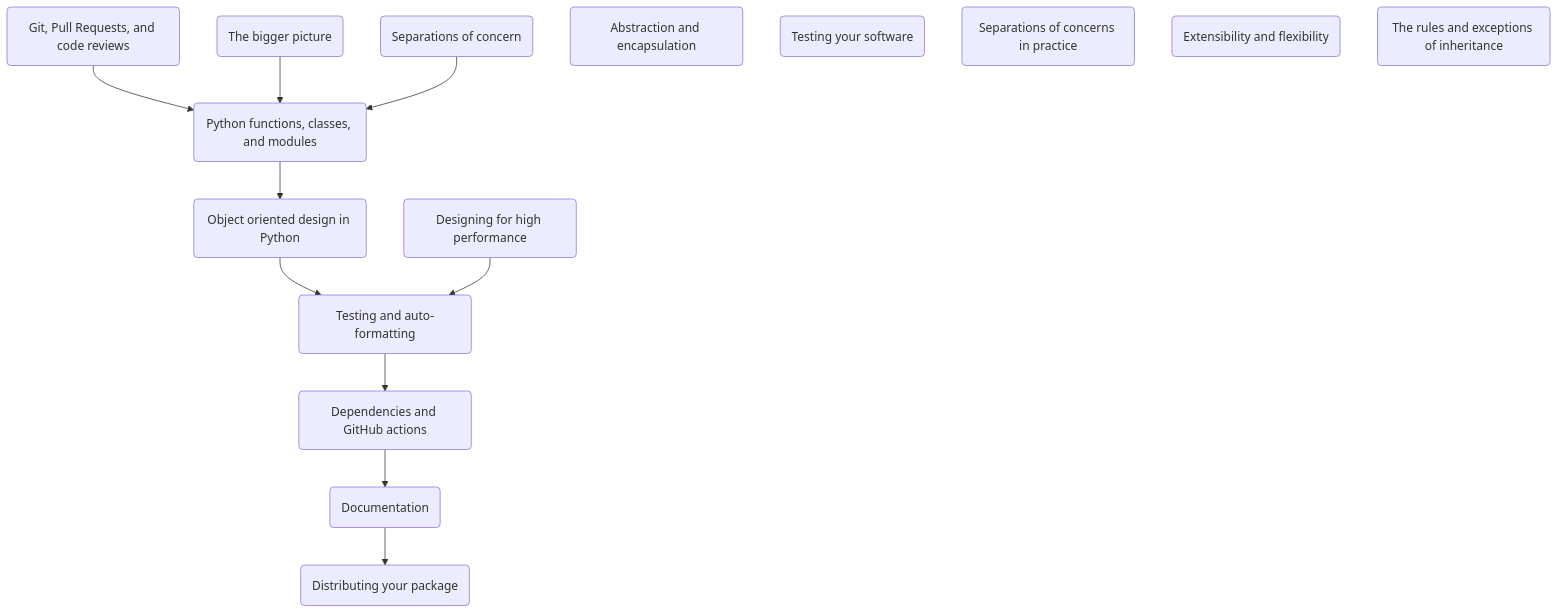
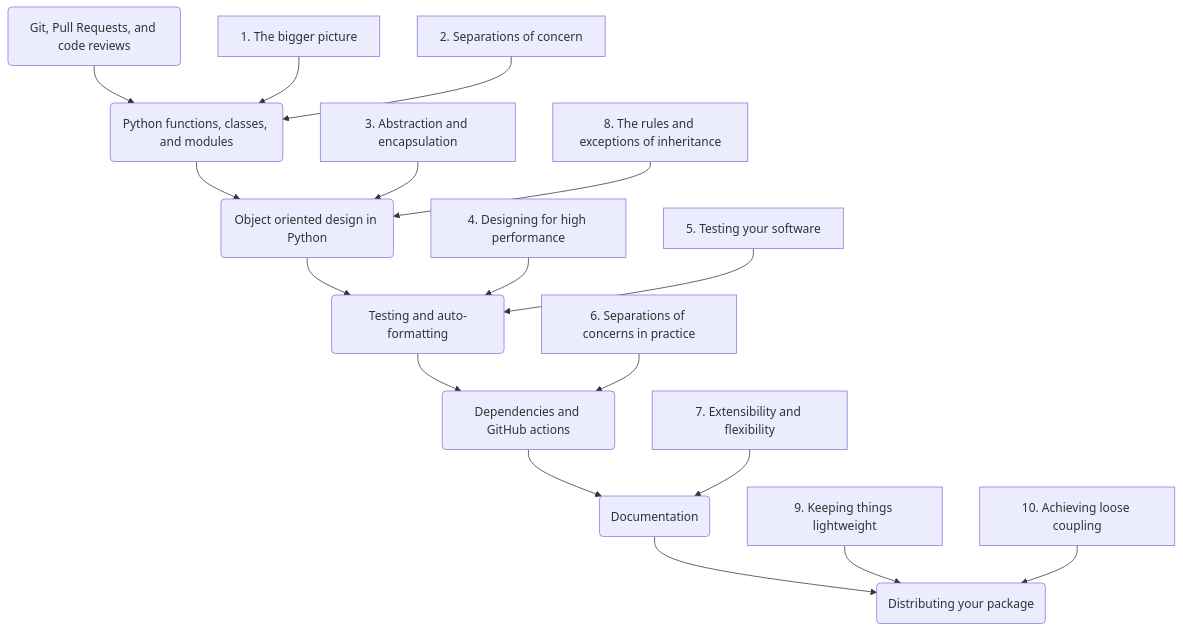
Before and after one commit to DHI/python-package-development: the diagram in course_structure.md, drawn with Mermaid.

````diff
--- a/course_structure.md
+++ b/course_structure.md
@@ -1,27 +1,38 @@
 ```mermaid
 
-graph TD
+flowchart TD
 
     M1(Git, Pull Requests, and code reviews)
     M2(Python functions, classes, and modules)
     M3(Object oriented design in Python)
     M4(Testing and auto-formatting)
     M5(Dependencies and GitHub actions)
     M6(Documentation)
     M7(Distributing your package)
 
-    B1(The bigger picture)
-    B2(Separations of concern)
-    B3(Abstraction and encapsulation)
-    B4(Designing for high performance)
-    B5(Testing your software)
-    B6(Separations of concerns in practice)
-    B7(Extensibility and flexibility)
-    B8(The rules and exceptions of inheritance)
+    B1[1. The bigger picture]
+    B2[2. Separations of concern]
+    B3[3. Abstraction and encapsulation]
+    B4[4. Designing for high performance]
+    B5[5. Testing your software]
+    B6[6. Separations of concerns in practice]
+    B7[7. Extensibility and flexibility]
+    B8[8. The rules and exceptions of inheritance]
+    B9[9. Keeping things lightweight]
+    B10[10. Achieving loose coupling]
 
     M1 --> M2 --> M3 --> M4 --> M5 --> M6 --> M7
 
     B1 --> M2
     B2 --> M2
+    B3 --> M3
+    B8 --> M3
     B4 --> M4
+    B5 --> M4
+    B6 --> M5
+    B7 --> M6
+
+    B9 --> M7
+    B10 --> M7   
+    
 ```
````
